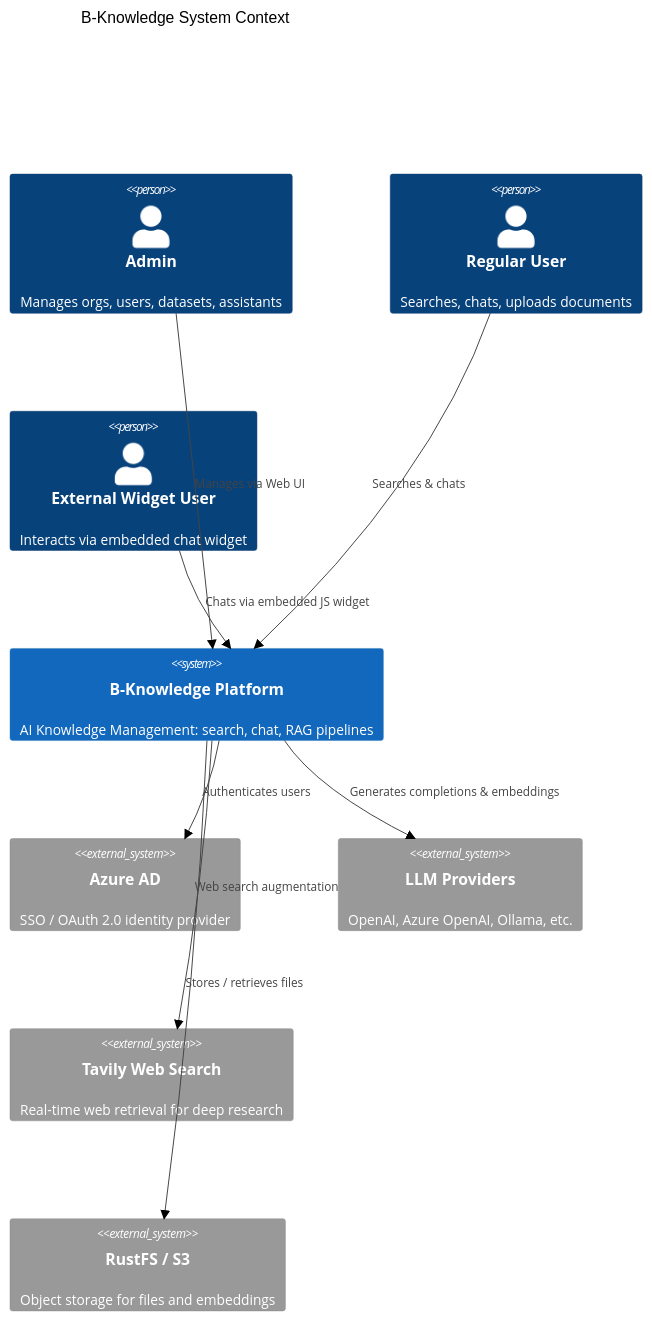
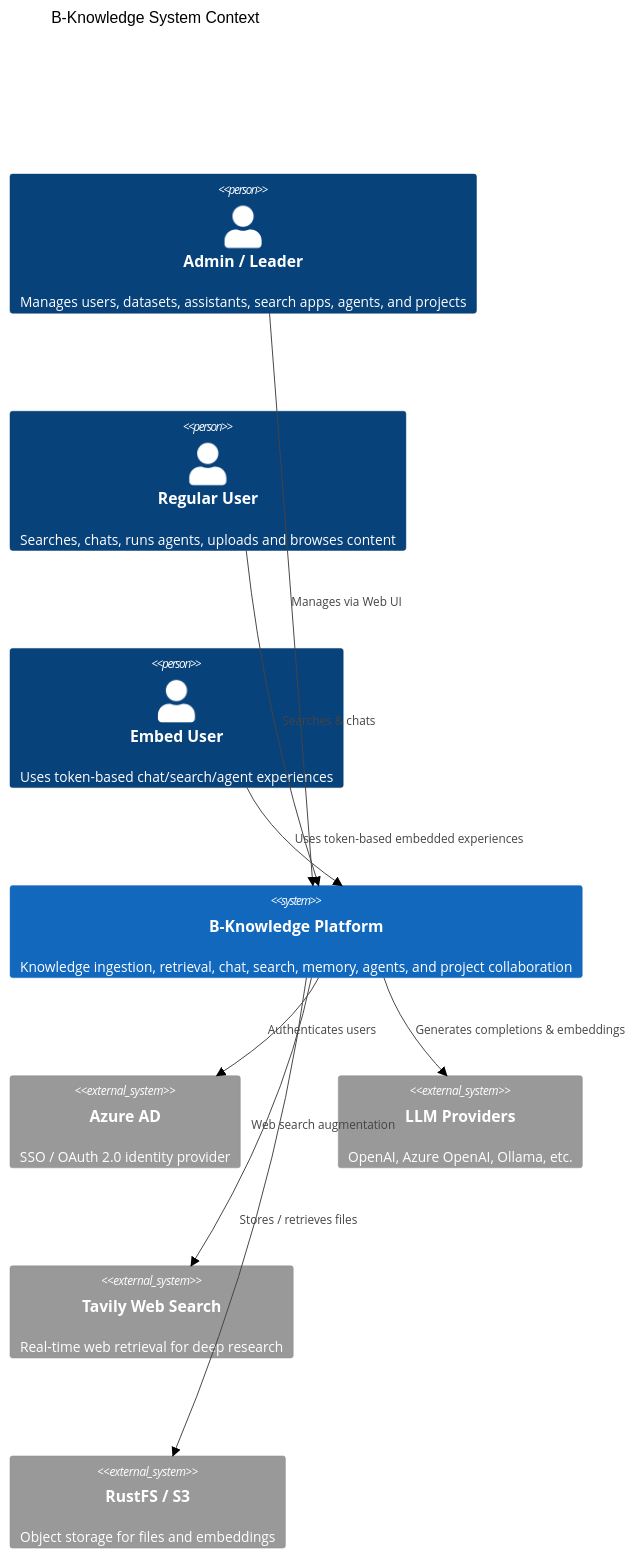
Before and after one commit to b-knowledge-solution/b-knowledge: the diagram in docs/srs/index.md, drawn with Mermaid (neutral theme). The commit also changed other lines of this file and 83 other files, not shown here.

````diff
--- a/docs/srs/index.md
+++ b/docs/srs/index.md
@@ -25,23 +27,23 @@
 ```mermaid
 C4Context
     title B-Knowledge System Context
 
-    Person(admin, "Admin", "Manages orgs, users, datasets, assistants")
-    Person(user, "Regular User", "Searches, chats, uploads documents")
-    Person(widget, "External Widget User", "Interacts via embedded chat widget")
+    Person(admin, "Admin / Leader", "Manages users, datasets, assistants, search apps, agents, and projects")
+    Person(user, "Regular User", "Searches, chats, runs agents, uploads and browses content")
+    Person(embed, "Embed User", "Uses token-based chat/search/agent experiences")
 
-    System(bk, "B-Knowledge Platform", "AI Knowledge Management: search, chat, RAG pipelines")
+    System(bk, "B-Knowledge Platform", "Knowledge ingestion, retrieval, chat, search, memory, agents, and project collaboration")
 
     System_Ext(azureAd, "Azure AD", "SSO / OAuth 2.0 identity provider")
     System_Ext(llm, "LLM Providers", "OpenAI, Azure OpenAI, Ollama, etc.")
     System_Ext(tavily, "Tavily Web Search", "Real-time web retrieval for deep research")
     System_Ext(s3, "RustFS / S3", "Object storage for files and embeddings")
 
     Rel(admin, bk, "Manages via Web UI")
     Rel(user, bk, "Searches & chats")
-    Rel(widget, bk, "Chats via embedded JS widget")
+    Rel(embed, bk, "Uses token-based embedded experiences")
     Rel(bk, azureAd, "Authenticates users")
     Rel(bk, llm, "Generates completions & embeddings")
     Rel(bk, tavily, "Web search augmentation")
     Rel(bk, s3, "Stores / retrieves files")
 ```
````
